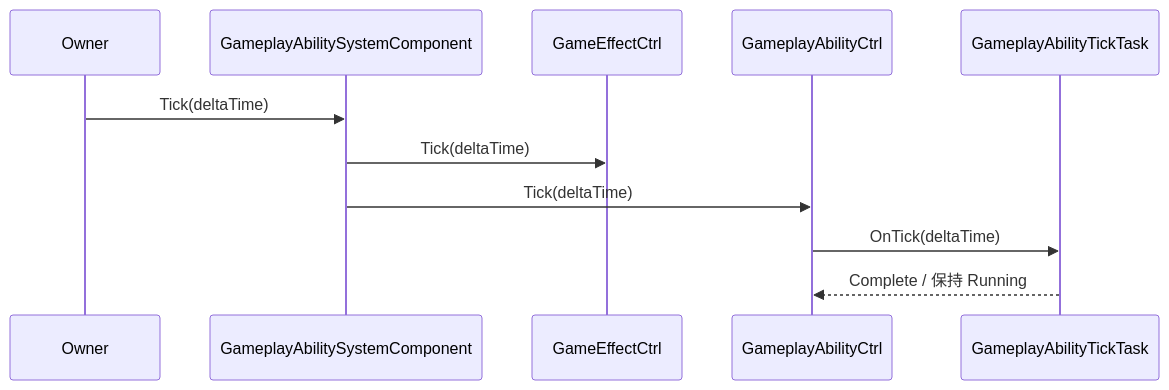
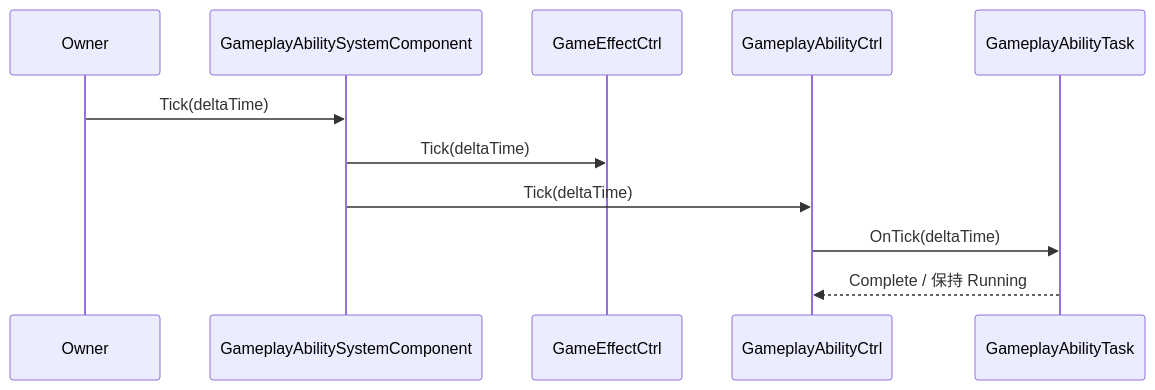
One commit to Whitesheeeep/3DRPG changed the seventh of 13 diagrams in Assets/GAS_Light/设计md/GameplayAbilityGameplay.md. Above: the diagram before and after it, drawn with Mermaid. The commit also changed other lines of this file and 75 other files, not shown here.

First line of the commit message:
Add SkillConfig and GameplayAbilityTask enhancements

````diff
--- a/Assets/GAS_Light/设计md/GameplayAbilityGameplay.md
+++ b/Assets/GAS_Light/设计md/GameplayAbilityGameplay.md
@@ -220,13 +220,13 @@
 ```mermaid
 sequenceDiagram
     participant Owner as Owner
     participant ASC as GameplayAbilitySystemComponent
     participant GE as GameEffectCtrl
     participant GA as GameplayAbilityCtrl
-    participant Task as GameplayAbilityTickTask
+    participant Task as GameplayAbilityTask
     Owner->>ASC: Tick(deltaTime)
     ASC->>GE: Tick(deltaTime)
     ASC->>GA: Tick(deltaTime)
     GA->>Task: OnTick(deltaTime)
     Task-->>GA: Complete / 保持 Running
 ```
````
